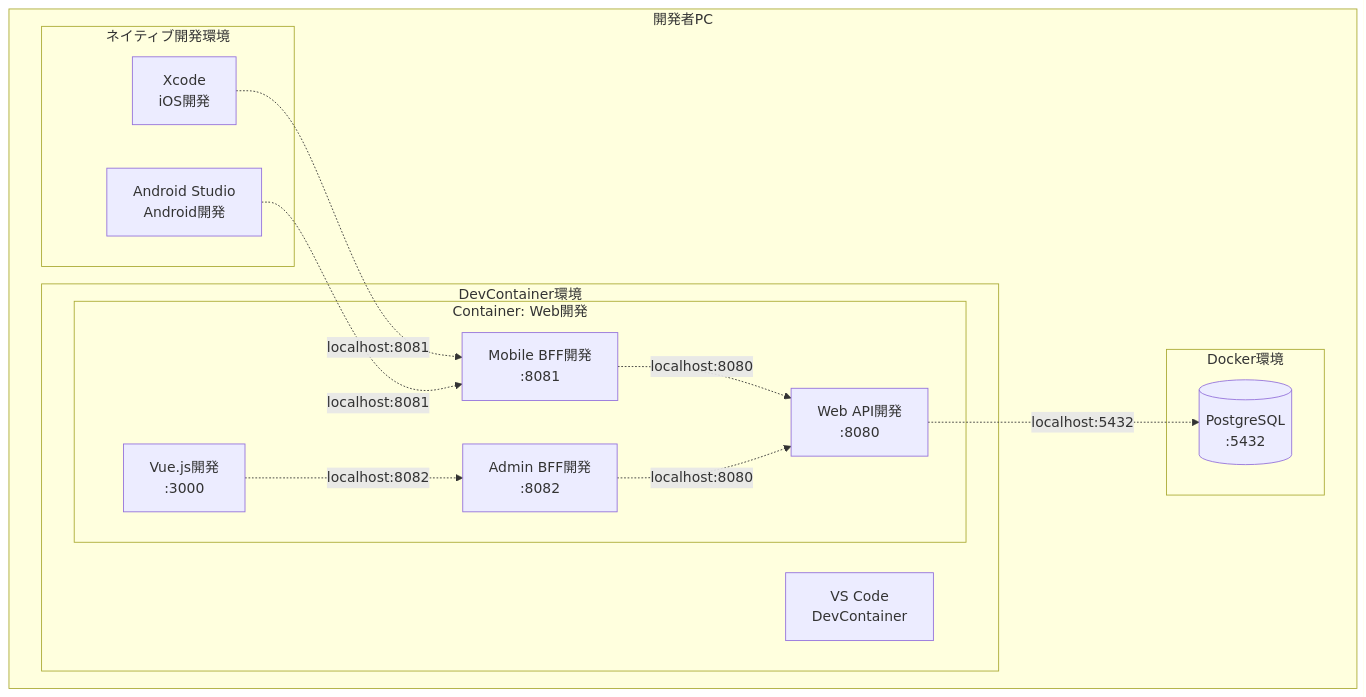
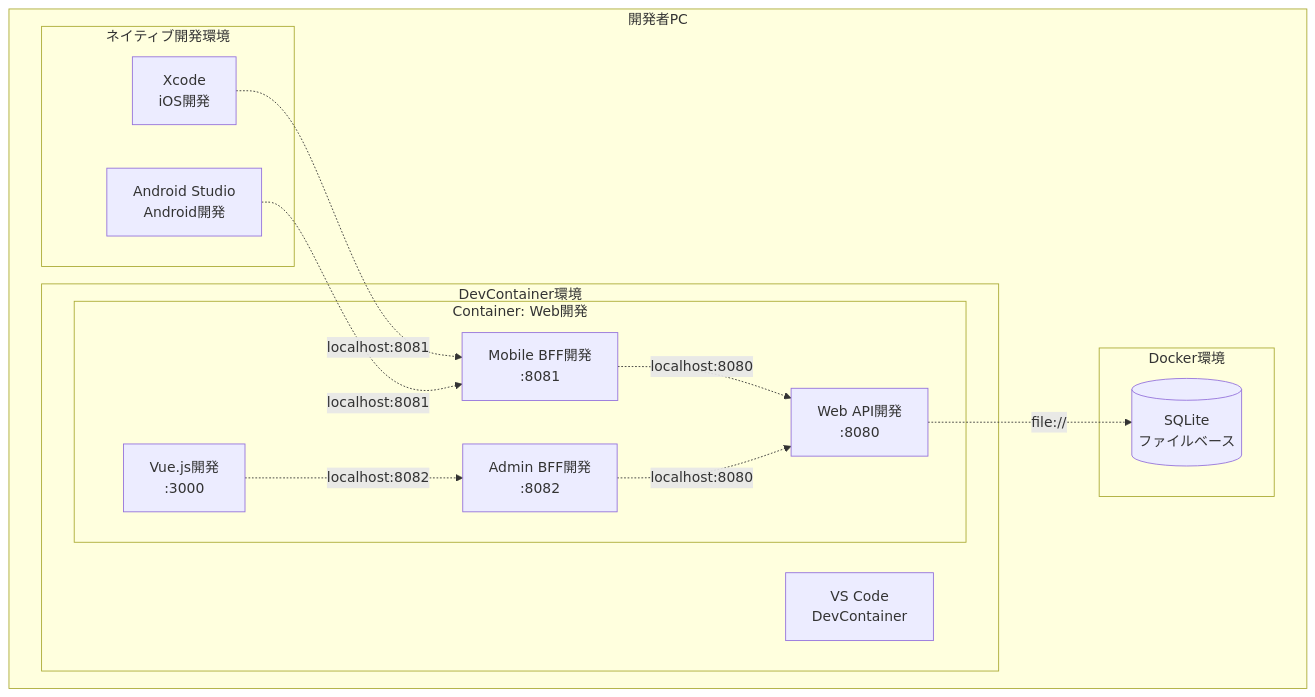
One commit to Takas0522/ws-demo-mobile-app changed the first of 3 diagrams in docs/architecture/06-infrastructure.md. Above: the diagram before and after it, drawn with Mermaid. The commit also changed other lines of this file and 42 other files, not shown here.

First line of the commit message:
docs: update all PostgreSQL references to SQLite

````diff
--- a/docs/architecture/06-infrastructure.md
+++ b/docs/architecture/06-infrastructure.md
@@ -24,31 +24,31 @@
 ```mermaid
 graph TB
     subgraph "開発者PC"
         subgraph "ネイティブ開発環境"
             Xcode[Xcode<br/>iOS開発]
             AndroidStudio[Android Studio<br/>Android開発]
         end
         
         subgraph "DevContainer環境"
             VSCode[VS Code<br/>DevContainer]
             
             subgraph "Container: Web開発"
                 Vue[Vue.js開発<br/>:3000]
                 MobileBFF[Mobile BFF開発<br/>:8081]
                 AdminBFF[Admin BFF開発<br/>:8082]
                 WebAPI[Web API開発<br/>:8080]
             end
         end
         
         subgraph "Docker環境"
-            DB[(PostgreSQL<br/>:5432)]
+            DB[(SQLite<br/>ファイルベース)]
         end
     end
     
     Xcode -.->|localhost:8081| MobileBFF
     AndroidStudio -.->|localhost:8081| MobileBFF
     Vue -.->|localhost:8082| AdminBFF
     MobileBFF -.->|localhost:8080| WebAPI
     AdminBFF -.->|localhost:8080| WebAPI
-    WebAPI -.->|localhost:5432| DB
+    WebAPI -.->|file://| DB
 ```
````
